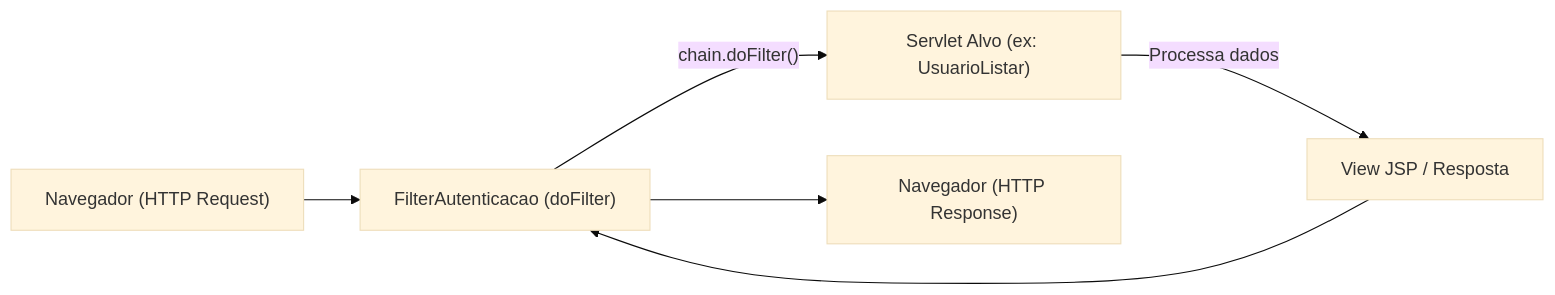
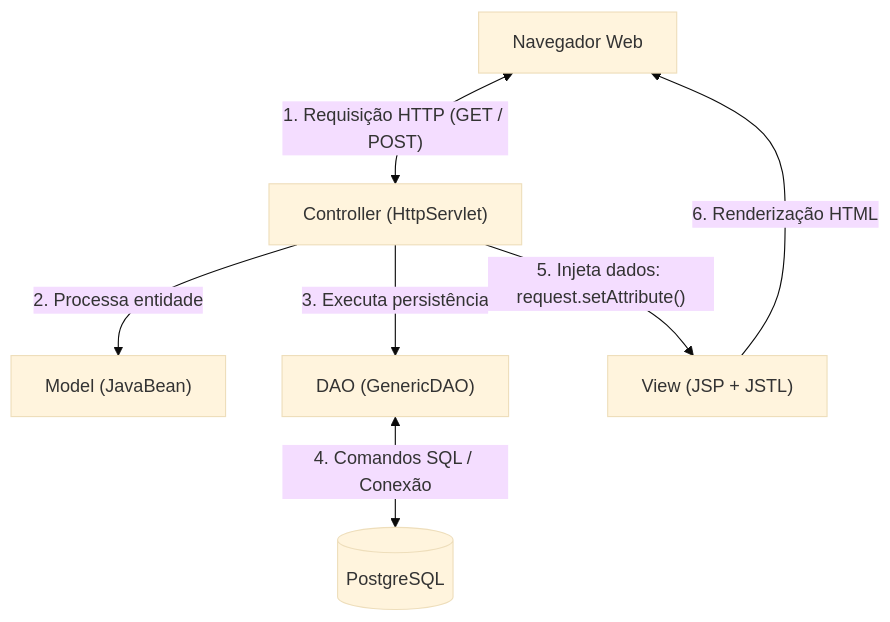
Diagram 20 of 26 in 3º Semestre/[Prof. Jefferson Passerini] Laboratório de Programação III/Resumos-IA/Simulados-Comentados.md (murilolol/unifef), drawn with Mermaid (base theme) before and after one commit. The commit also changed other lines of this file and 10 other files, not shown here.

````diff
--- a/3º Semestre/[Prof. Jefferson Passerini] Laboratório de Programação III/Resumos-IA/Simulados-Comentados.md
+++ b/3º Semestre/[Prof. Jefferson Passerini] Laboratório de Programação III/Resumos-IA/Simulados-Comentados.md
@@ -494,8 +1083,9 @@
 ```mermaid
-flowchart LR
-    Req["Navegador (HTTP Request)"] --> Filtro["FilterAutenticacao (doFilter)"]
-    Filtro -->|"chain.doFilter()"| Target["Servlet Alvo (ex: UsuarioListar)"]
-    Target -->|"Processa dados"| Resposta["View JSP / Resposta"]
-    Resposta --> Filtro
-    Filtro --> Retorno["Navegador (HTTP Response)"]
+flowchart TD
+  Navegador["Navegador Web"] <-->|"1. Requisição HTTP (GET / POST)"| Controller["Controller (HttpServlet)"]
+  Controller -->|"2. Processa entidade"| Model["Model (JavaBean)"]
+  Controller -->|"3. Executa persistência"| DAO["DAO (GenericDAO)"]
+  DAO <-->|"4. Comandos SQL / Conexão"| Banco[("PostgreSQL")]
+  Controller -->|"5. Injeta dados: request.setAttribute()"| View["View (JSP + JSTL)"]
+  View -->|"6. Renderização HTML"| Navegador
 ```
````
